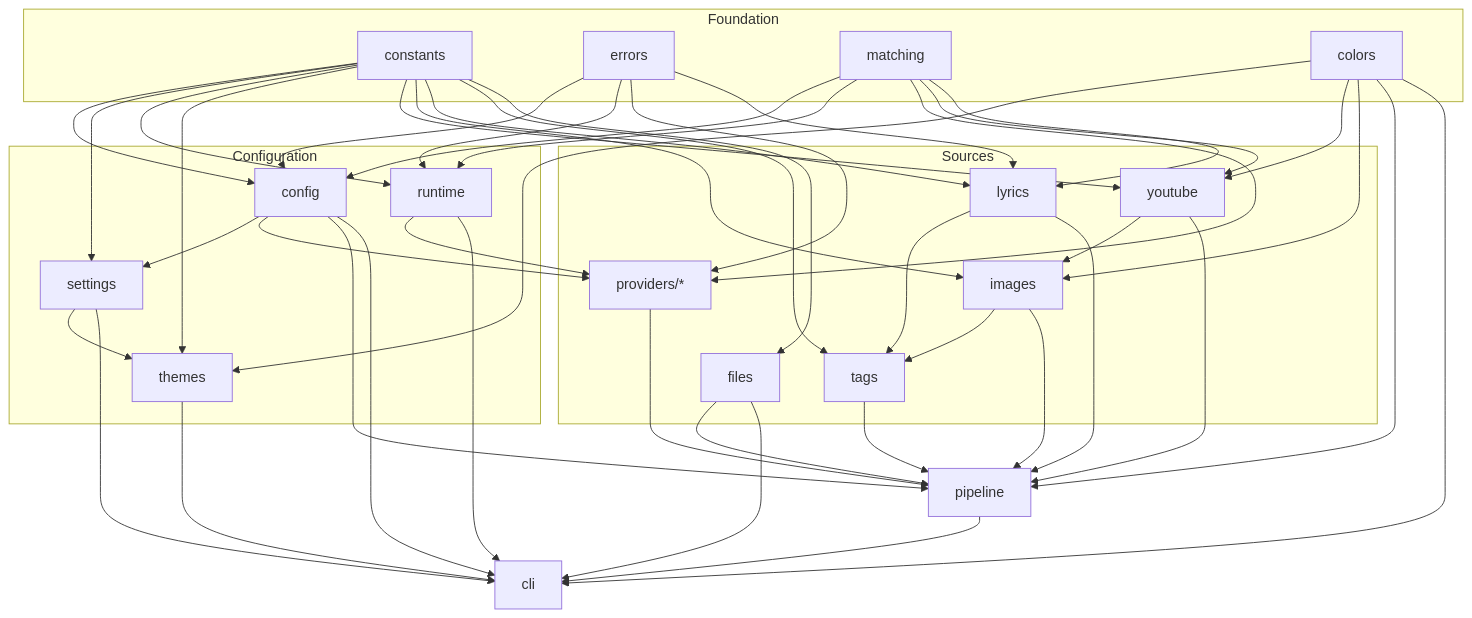
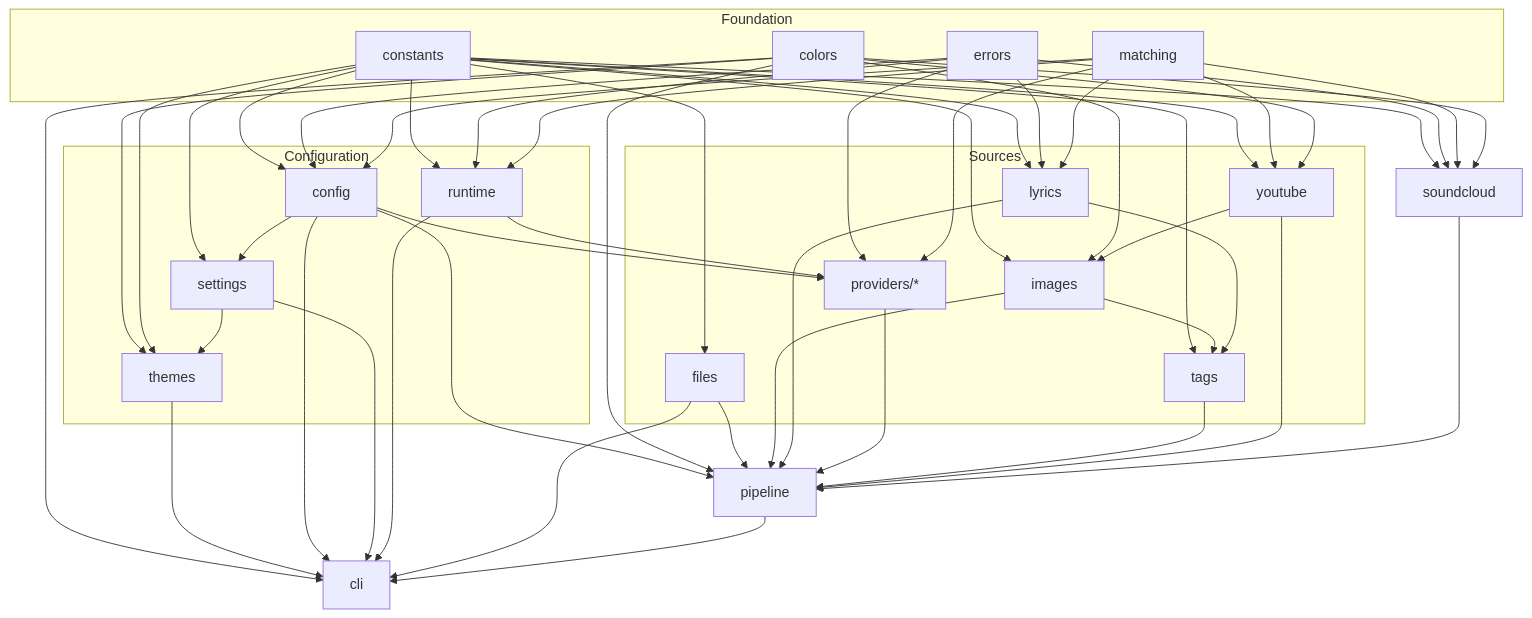
Before and after one commit to ByteMe6/trackfetch: the diagram in docs/architecture.md, drawn with Mermaid. The commit also changed other lines of this file and 2 other files, not shown here.

````diff
--- a/docs/architecture.md
+++ b/docs/architecture.md
@@ -45,75 +46,80 @@
 ```mermaid
 flowchart TD
     subgraph Foundation
         constants[constants]
         errors[errors]
         matching[matching]
         colors[colors]
     end
 
     subgraph Configuration
         config[config]
         settings[settings]
         runtime[runtime]
         themes[themes]
     end
 
     subgraph Sources
         providers["providers/*"]
         youtube[youtube]
         images[images]
         lyrics[lyrics]
         tags[tags]
         files[files]
     end
 
     pipeline[pipeline]
     cli[cli]
 
     constants --> config
     errors --> config
     matching --> config
     constants --> settings
     config --> settings
     constants --> runtime
     errors --> runtime
     matching --> runtime
     colors --> themes
     constants --> themes
     settings --> themes
 
     config --> providers
     errors --> providers
     matching --> providers
     runtime --> providers
     constants --> youtube
     matching --> youtube
     colors --> youtube
+    constants --> soundcloud
+    errors --> soundcloud
+    matching --> soundcloud
+    colors --> soundcloud
     constants --> images
     colors --> images
     youtube --> images
     constants --> lyrics
     errors --> lyrics
     matching --> lyrics
     constants --> tags
     images --> tags
     lyrics --> tags
     constants --> files
 
     config --> pipeline
     colors --> pipeline
     files --> pipeline
     images --> pipeline
     lyrics --> pipeline
     providers --> pipeline
     tags --> pipeline
     youtube --> pipeline
+    soundcloud --> pipeline
 
     colors --> cli
     themes --> cli
     config --> cli
     settings --> cli
     runtime --> cli
     files --> cli
     pipeline --> cli
 ```
````
